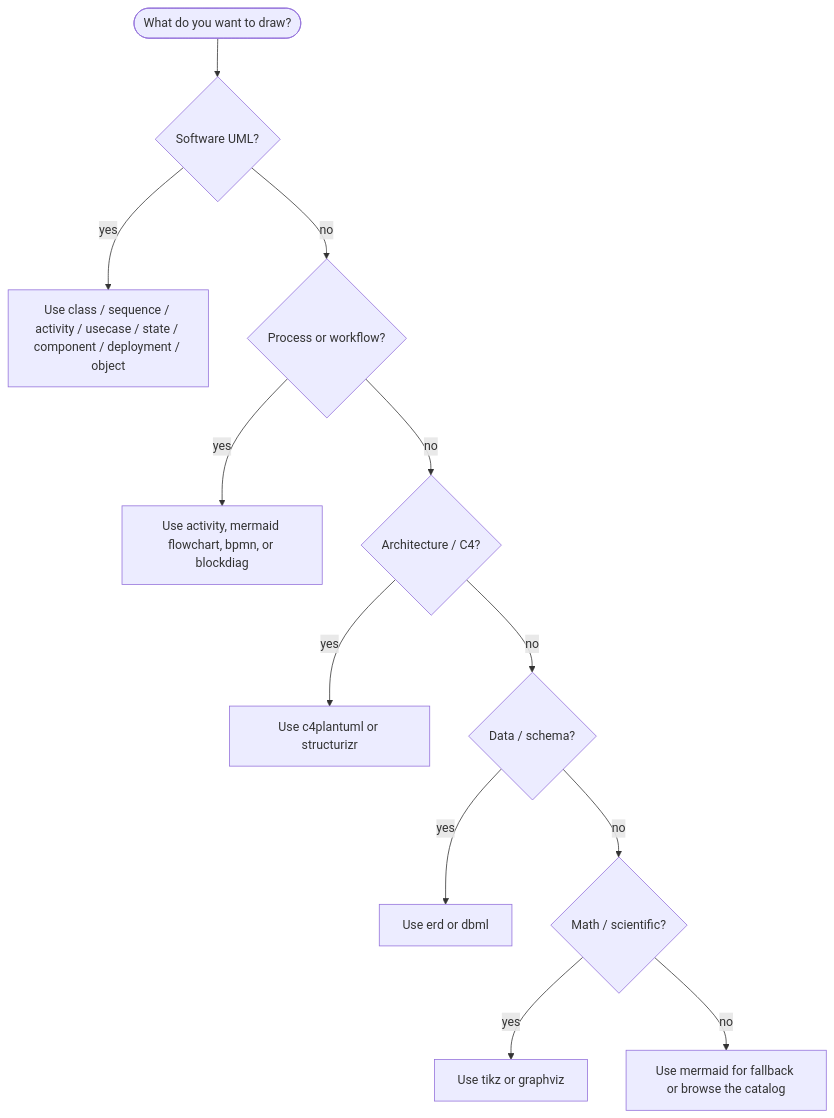
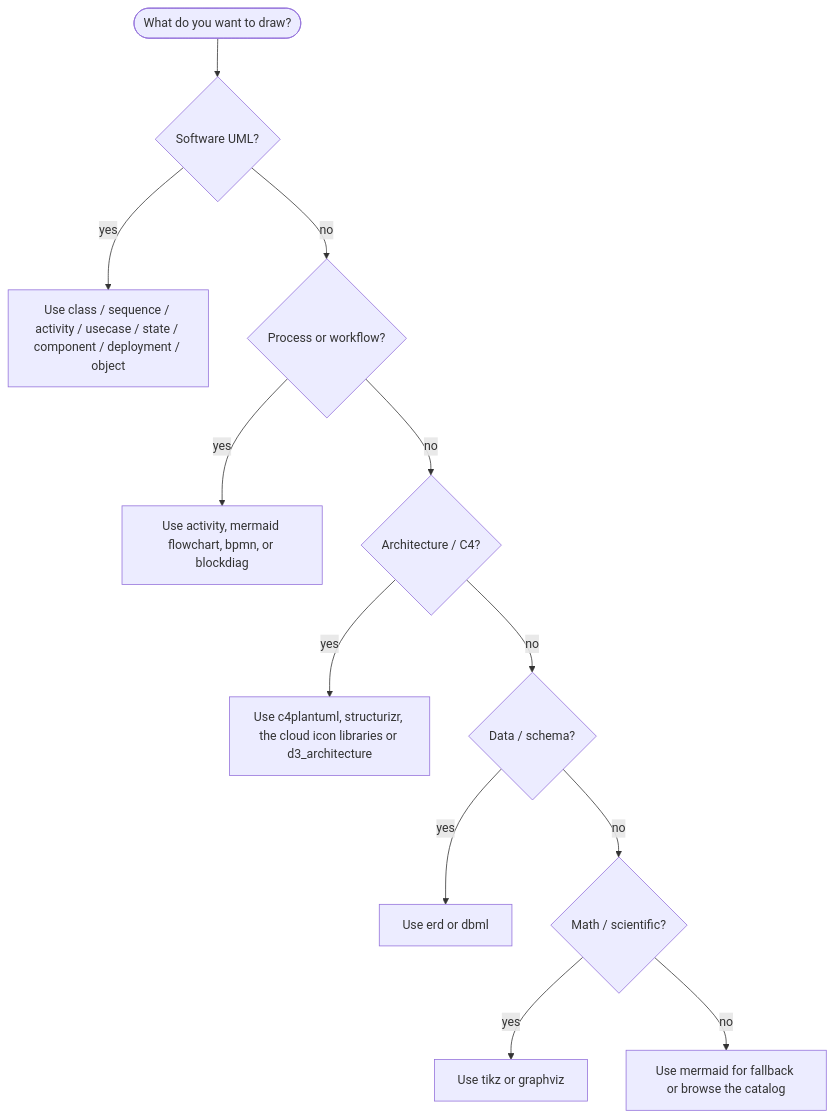
One commit to antoinebou12/uml-mcp changed the diagram in docs/diagrams/index.md. Above: the diagram before and after it, drawn with Mermaid. The commit also changed other lines of this file and 42 other files, not shown here.

Commit message:
feat(plugins): D3 diagrams plugin, with HTML output and sample sources for renderers (#362)

````diff
--- a/docs/diagrams/index.md
+++ b/docs/diagrams/index.md
@@ -89,14 +102,14 @@
 ```mermaid
 flowchart TD
     Start([What do you want to draw?]) --> Q1{Software UML?}
     Q1 -- yes --> UML[Use class / sequence / activity / usecase / state / component / deployment / object]
     Q1 -- no  --> Q2{Process or workflow?}
     Q2 -- yes --> Proc[Use activity, mermaid flowchart, bpmn, or blockdiag]
     Q2 -- no  --> Q3{Architecture / C4?}
-    Q3 -- yes --> Arch[Use c4plantuml or structurizr]
+    Q3 -- yes --> Arch[Use c4plantuml, structurizr, the cloud icon libraries or d3_architecture]
     Q3 -- no  --> Q4{Data / schema?}
     Q4 -- yes --> Data[Use erd or dbml]
     Q4 -- no  --> Q5{Math / scientific?}
     Q5 -- yes --> Sci[Use tikz or graphviz]
     Q5 -- no  --> Other[Use mermaid for fallback or browse the catalog]
 ```
````
